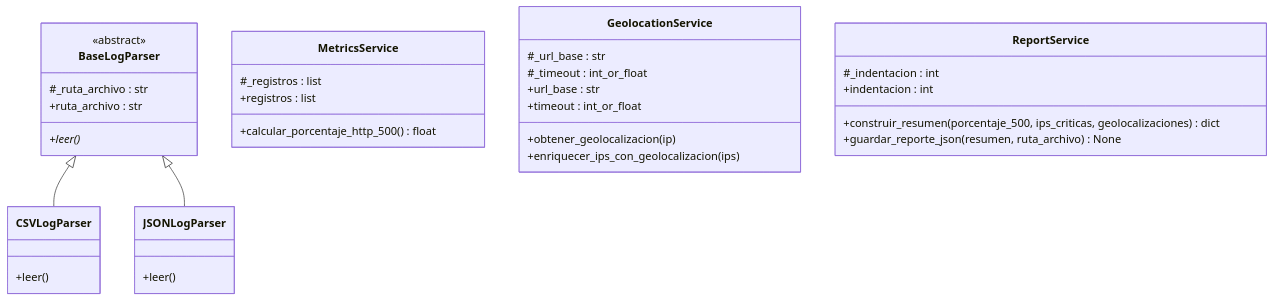
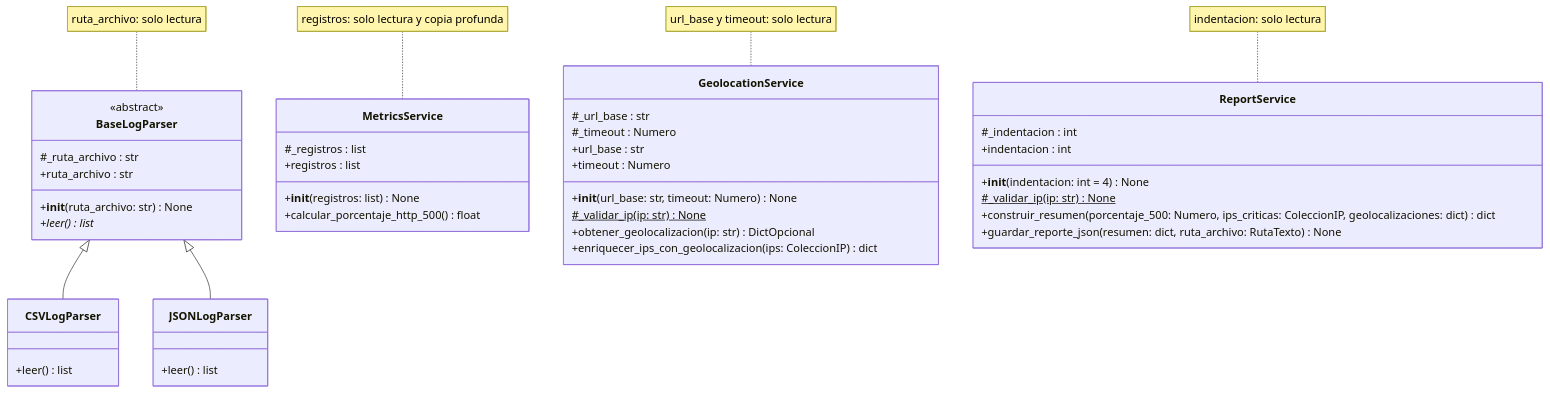
One commit to carlosarcos2006-eng/TI-Metrics changed the first of 3 diagrams in docs/diagrama_clases.md. Above: the diagram before and after it, drawn with Mermaid. The commit also changed other lines of this file and 1 other file, not shown here.

Commit message:
docs: update UML diagrams and document architecture audit

````diff
--- a/docs/diagrama_clases.md
+++ b/docs/diagrama_clases.md
@@ -10,44 +14,55 @@
 ```mermaid
 classDiagram
     direction TB
 
     class BaseLogParser {
         <<abstract>>
         #_ruta_archivo : str
         +ruta_archivo : str
-        +leer()*
+        +__init__(ruta_archivo: str) None
+        +leer() list*
     }
 
     class CSVLogParser {
-        +leer()
+        +leer() list
     }
 
     class JSONLogParser {
-        +leer()
+        +leer() list
     }
 
     class MetricsService {
         #_registros : list
         +registros : list
+        +__init__(registros: list) None
         +calcular_porcentaje_http_500() float
     }
 
     class GeolocationService {
         #_url_base : str
-        #_timeout : int_or_float
+        #_timeout : Numero
         +url_base : str
-        +timeout : int_or_float
-        +obtener_geolocalizacion(ip)
-        +enriquecer_ips_con_geolocalizacion(ips)
+        +timeout : Numero
+        +__init__(url_base: str, timeout: Numero) None
+        #_validar_ip(ip: str) None$
+        +obtener_geolocalizacion(ip: str) DictOpcional
+        +enriquecer_ips_con_geolocalizacion(ips: ColeccionIP) dict
     }
 
     class ReportService {
         #_indentacion : int
         +indentacion : int
-        +construir_resumen(porcentaje_500, ips_criticas, geolocalizaciones) dict
-        +guardar_reporte_json(resumen, ruta_archivo) None
+        +__init__(indentacion: int = 4) None
+        #_validar_ip(ip: str) None$
+        +construir_resumen(porcentaje_500: Numero, ips_criticas: ColeccionIP, geolocalizaciones: dict) dict
+        +guardar_reporte_json(resumen: dict, ruta_archivo: RutaTexto) None
     }
 
     BaseLogParser <|-- CSVLogParser
     BaseLogParser <|-- JSONLogParser
+
+    note for BaseLogParser "ruta_archivo: solo lectura"
+    note for MetricsService "registros: solo lectura y copia profunda"
+    note for GeolocationService "url_base y timeout: solo lectura"
+    note for ReportService "indentacion: solo lectura"
 ```
````
